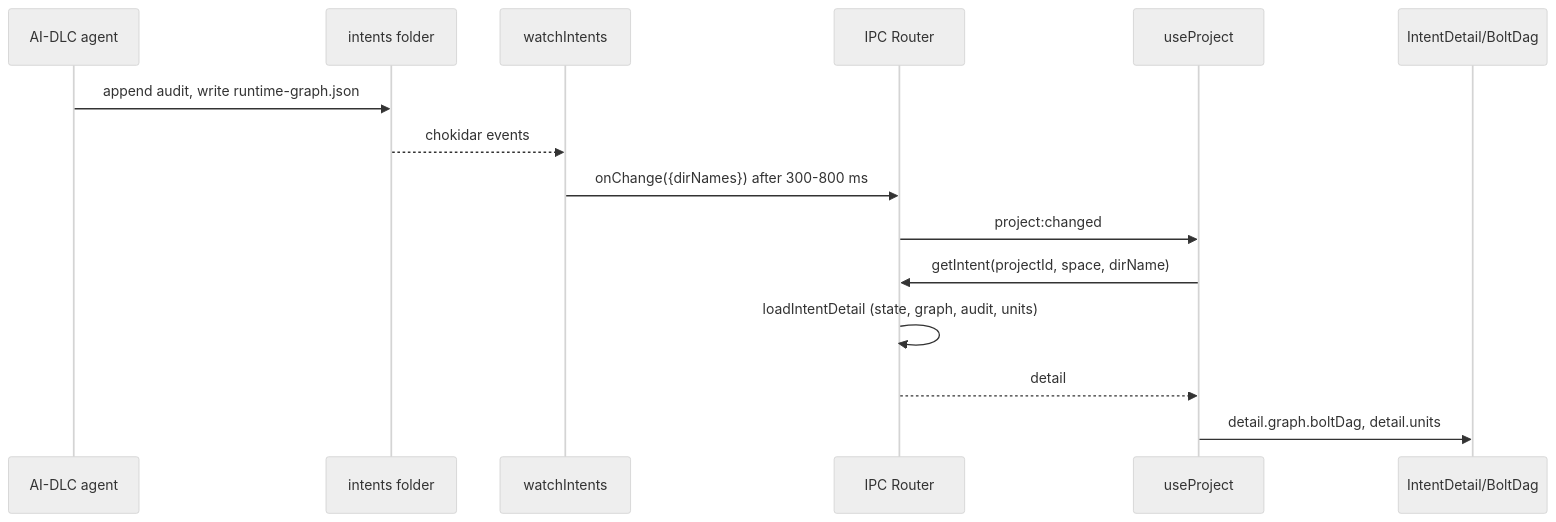
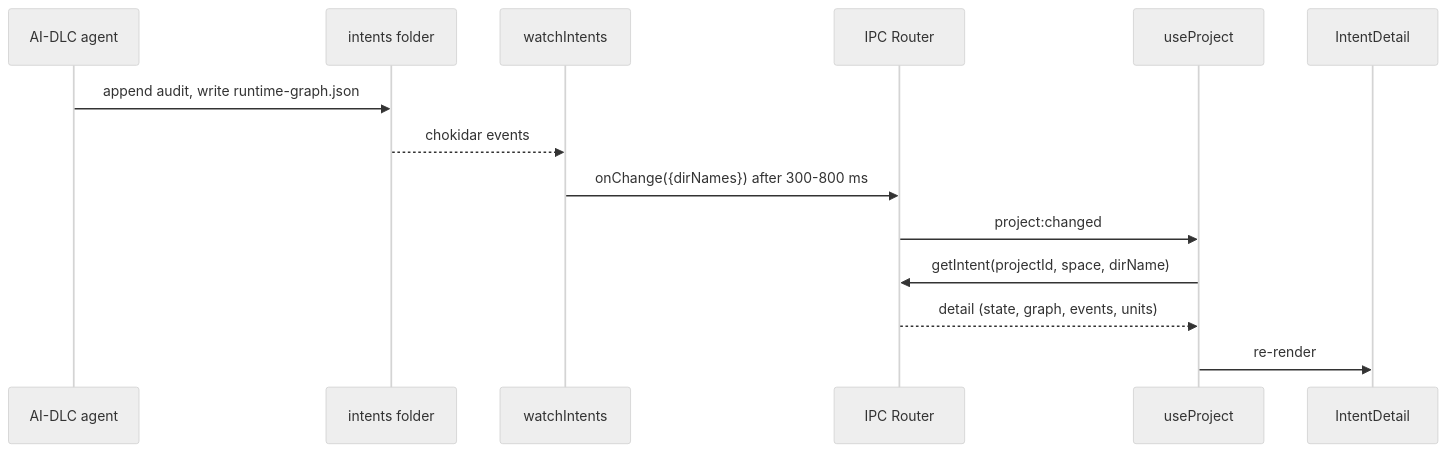
One commit to tochman/ai-dlc-thadeus changed the third of 4 diagrams in aidlc/spaces/default/codekb/aidlc-dash/architecture.md. Above: the diagram before and after it, drawn with Mermaid (neutral theme). The commit also changed other lines of this file and 49 other files, not shown here.

````diff
--- a/aidlc/spaces/default/codekb/aidlc-dash/architecture.md
+++ b/aidlc/spaces/default/codekb/aidlc-dash/architecture.md
@@ -92,17 +117,16 @@
 ```mermaid
 sequenceDiagram
   participant AG as AI-DLC agent
   participant FS as intents folder
   participant W as watchIntents
   participant IPC as IPC Router
   participant UP as useProject
-  participant ID as IntentDetail/BoltDag
+  participant ID as IntentDetail
   AG->>FS: append audit, write runtime-graph.json
   FS-->>W: chokidar events
   W->>IPC: onChange({dirNames}) after 300-800 ms
   IPC->>UP: project:changed
   UP->>IPC: getIntent(projectId, space, dirName)
-  IPC->>IPC: loadIntentDetail (state, graph, audit, units)
-  IPC-->>UP: detail
-  UP->>ID: detail.graph.boltDag, detail.units
+  IPC-->>UP: detail (state, graph, events, units)
+  UP->>ID: re-render
 ```
````
